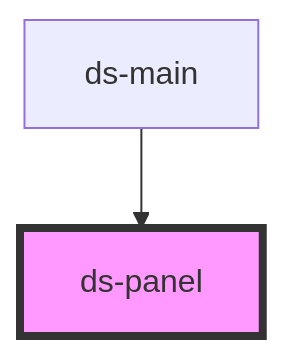
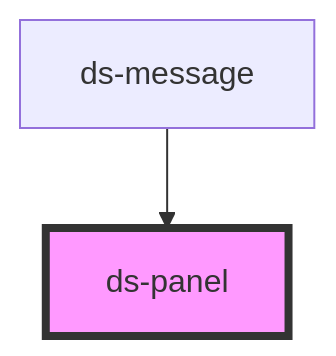
One commit to jezoock/dot-stash changed the diagram in components/core/panel/readme.md. Above: the diagram before and after it, drawn with Mermaid. The commit also changed other lines of this file and 736 other files, not shown here.

````diff
--- a/components/core/panel/readme.md
+++ b/components/core/panel/readme.md
@@ -91,5 +107,5 @@
 ```mermaid
 graph TD;
-  ds-main --> ds-panel
+  ds-message --> ds-panel
   style ds-panel fill:#f9f,stroke:#333,stroke-width:4px
 ```
````
